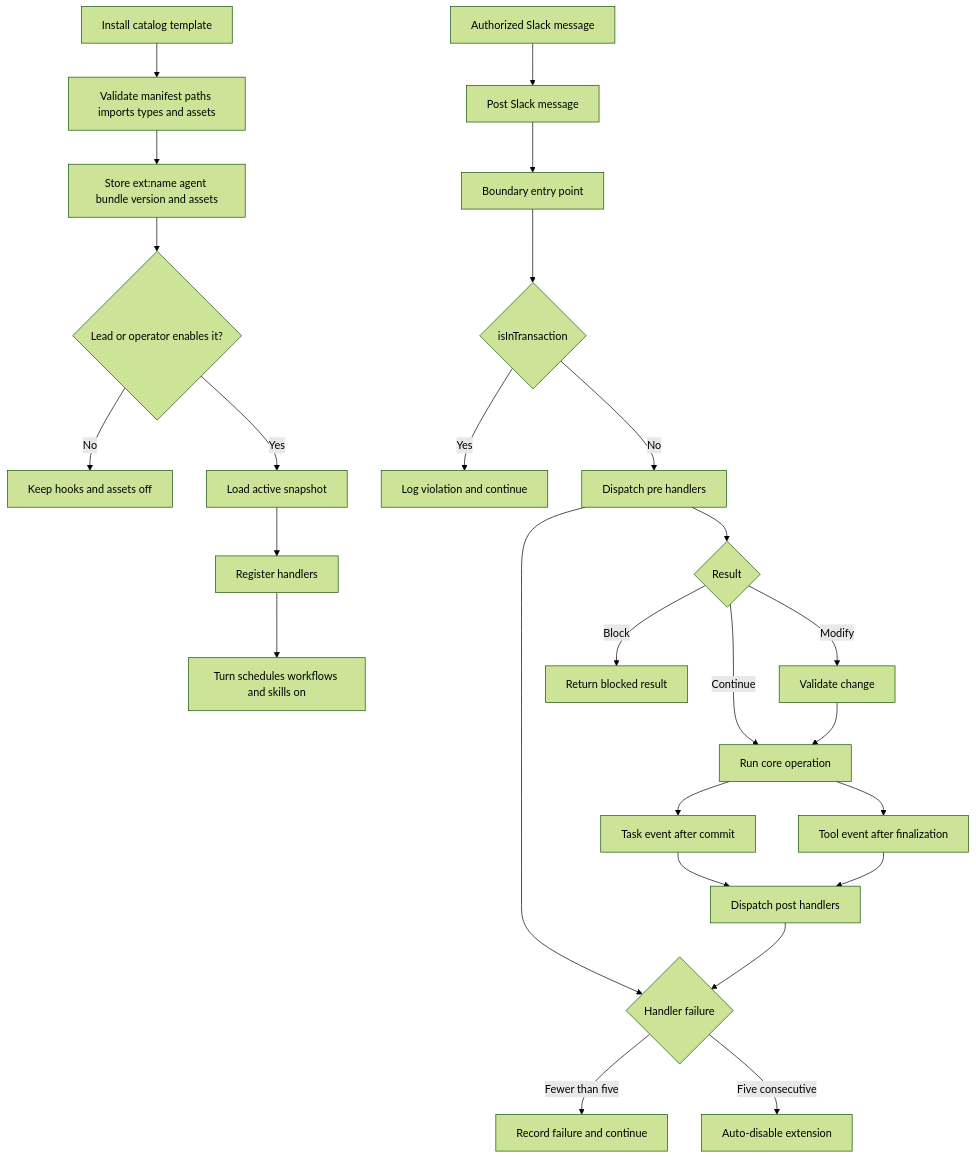
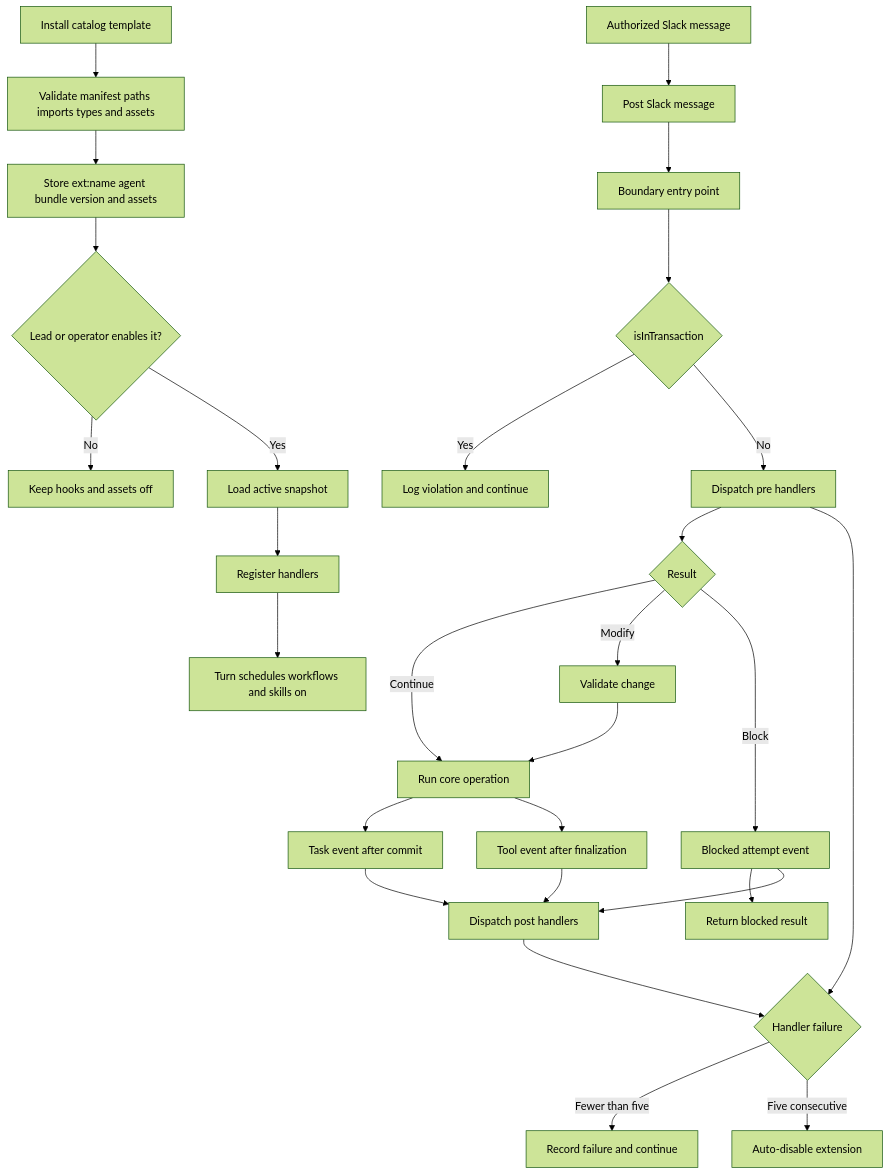
The diagram in runbooks/extensions.md (desplega-ai/agent-swarm), drawn with Mermaid (forest theme) before and after one commit. The commit also changed other lines of this file and 10 other files, not shown here.

Commit message:
feat(extensions): emit post.task.blocked for rejected task creation

````diff
--- a/runbooks/extensions.md
+++ b/runbooks/extensions.md
@@ -255,28 +255,30 @@
 ```mermaid
 flowchart TD
     A[Install catalog template] --> B[Validate manifest paths imports types and assets]
     B --> C[Store ext:name agent bundle version and assets]
     C --> D{Lead or operator enables it?}
     D -- No --> E[Keep hooks and assets off]
     D -- Yes --> G[Load active snapshot]
     G --> H[Register handlers]
     H --> F[Turn schedules workflows and skills on]
     I[Boundary entry point] --> J{isInTransaction}
     J -- Yes --> K[Log violation and continue]
     J -- No --> L[Dispatch pre handlers]
     L --> M{Result}
     M -- Continue --> N[Run core operation]
     M -- Modify --> O[Validate change]
     O --> N
-    M -- Block --> P[Return blocked result]
+    M -- Block --> Y[Blocked attempt event]
+    Y --> P[Return blocked result]
+    Y --> X[Dispatch post handlers]
     N --> Q[Task event after commit]
     N --> R[Tool event after finalization]
     V[Authorized Slack message] --> W[Post Slack message]
     W --> I
     Q --> X[Dispatch post handlers]
     R --> X
     L --> S{Handler failure}
     X --> S
     S -- Fewer than five --> T[Record failure and continue]
     S -- Five consecutive --> U[Auto-disable extension]
 ```
````
